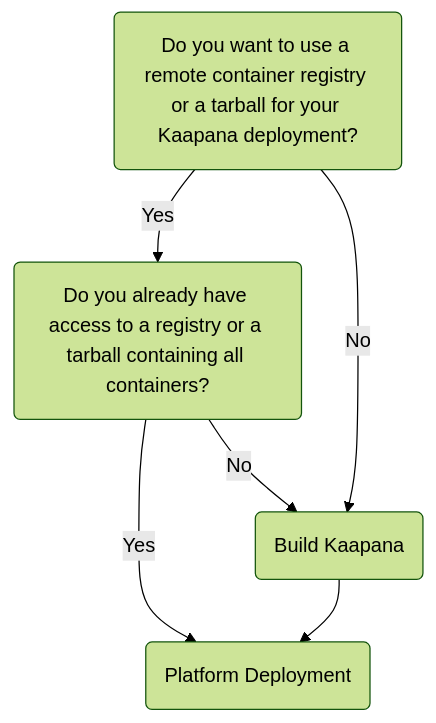
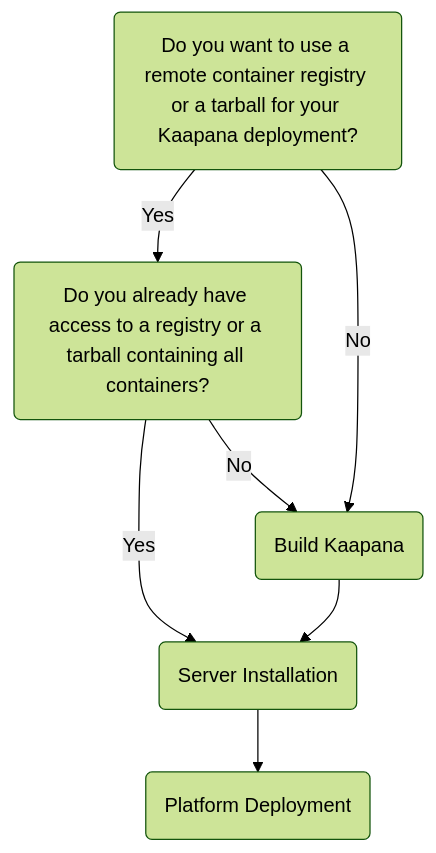
Before and after one commit to kaapana/kaapana: the diagram in docs/source/installation_guide/introduction.rst, drawn with Mermaid (forest theme). The commit also changed 1 other file, not shown here.

Commit message:
docs: add server_installation.sh link & add server step to intro flowchart

```diff
--- a/docs/source/installation_guide/introduction.rst
+++ b/docs/source/installation_guide/introduction.rst
@@ -12,10 +12,11 @@
 .. mermaid::
 
     flowchart TB
         a1(Do you want to use a remote container registry or a tarball for your Kaapana deployment?)
         a1-->|Yes| a2(Do you already have access to a registry or a tarball containing all containers?)
         a1-->|No| b1
         a2-->|Yes| c1
         a2-->|No| b1
         b1(Build Kaapana) --> c1
-        c1(Platform Deployment)
+        c1(Server Installation) --> c2
+        c2(Platform Deployment)
```
